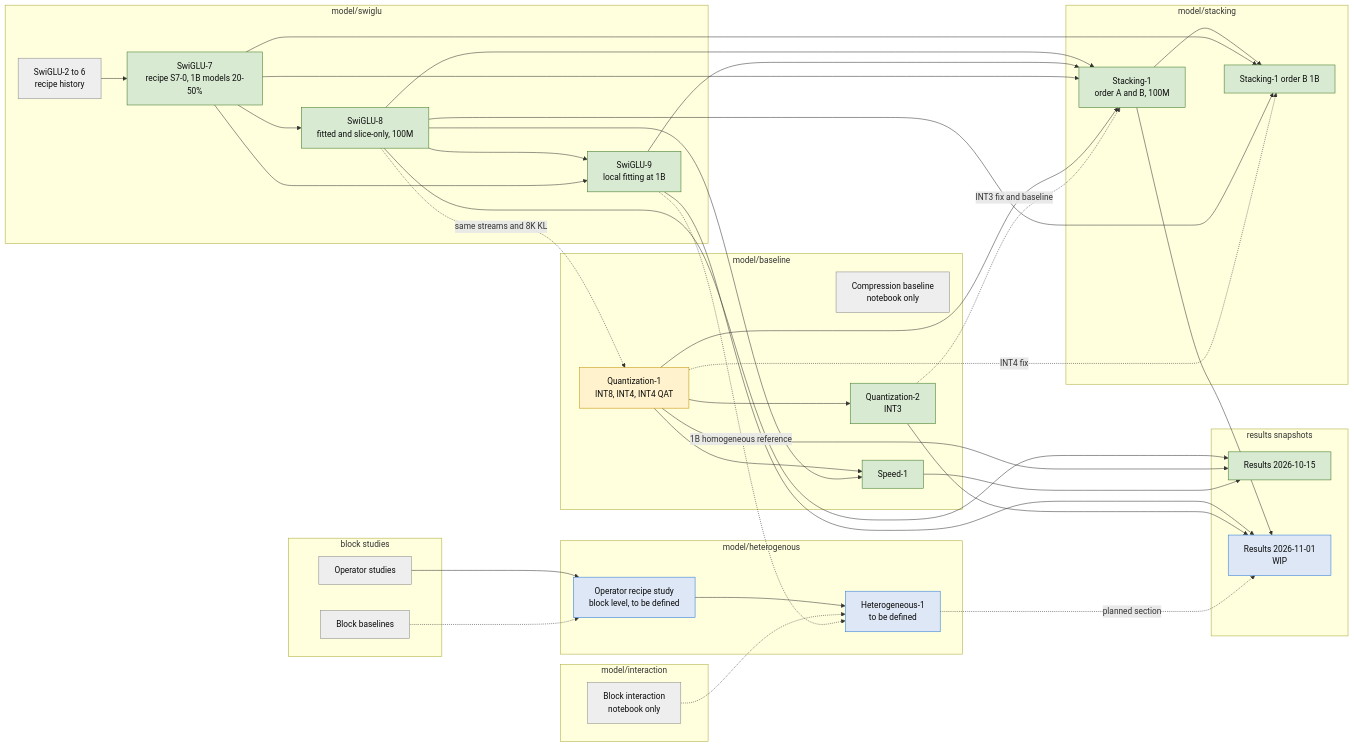
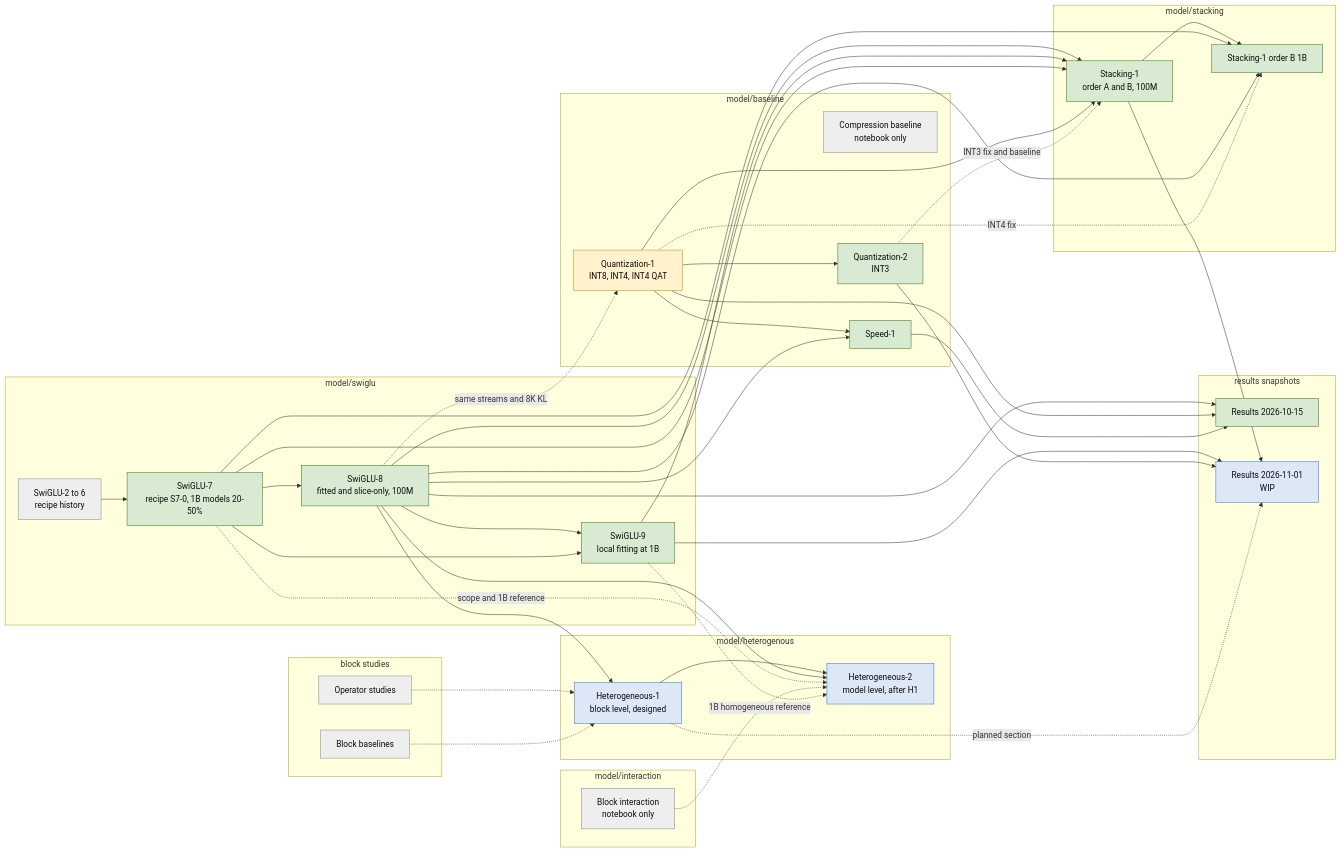
The second of 2 diagrams in docs/experiments/dependencies.md (Sammuel21/diploma-thesis-block-replacement), drawn with Mermaid before and after one commit. The commit also changed other lines of this file and 10 other files, not shown here.

````diff
--- a/docs/experiments/dependencies.md
+++ b/docs/experiments/dependencies.md
@@ -30,68 +30,71 @@
 ```mermaid
 flowchart LR
   classDef done fill:#d9ead3,stroke:#38761d,color:#0b0b0b
   classDef running fill:#fff2cc,stroke:#bf9000,color:#0b0b0b
   classDef planned fill:#dde7f5,stroke:#2a78d6,color:#0b0b0b
   classDef historical fill:#eeeeee,stroke:#888888,color:#0b0b0b
 
   subgraph block[block studies]
     BB[Block baselines]
     BO[Operator studies]
   end
   subgraph swiglu[model/swiglu]
     S26[SwiGLU-2 to 6<br/>recipe history] --> S7[SwiGLU-7<br/>recipe S7-0, 1B models 20-50%]
     S7 --> S8[SwiGLU-8<br/>fitted and slice-only, 100M]
     S8 --> S9[SwiGLU-9<br/>local fitting at 1B]
     S7 --> S9
   end
   subgraph baseline[model/baseline]
     CB[Compression baseline<br/>notebook only]
     Q1[Quantization-1<br/>INT8, INT4, INT4 QAT]
     Q2[Quantization-2<br/>INT3]
     SP1[Speed-1]
     Q1 --> Q2
   end
   subgraph stacking[model/stacking]
     ST1[Stacking-1<br/>order A and B, 100M]
     ST1B[Stacking-1 order B 1B]
     ST1 --> ST1B
   end
   subgraph interaction[model/interaction]
     BI[Block interaction<br/>notebook only]
   end
   subgraph hetero[model/heterogenous]
-    HB[Operator recipe study<br/>block level, to be defined] --> H[Heterogeneous-1<br/>to be defined]
+    H1[Heterogeneous-1<br/>block level, designed] --> H2[Heterogeneous-2<br/>model level, after H1]
   end
   subgraph reports[results snapshots]
     R1[Results 2026-10-15]
     R2[Results 2026-11-01<br/>WIP]
   end
 
   S8 -. same streams and 8K KL .-> Q1
   S8 --> ST1
   S9 --> ST1
   S7 --> ST1
   Q1 --> ST1
   Q2 -. INT3 fix and baseline .-> ST1
   S7 --> ST1B
   S8 --> ST1B
   Q1 -. INT4 fix .-> ST1B
   Q1 --> SP1
   S8 --> SP1
-  BO --> HB
-  BB -.-> HB
-  BI -.-> H
-  S9 -. 1B homogeneous reference .-> H
+  BO -.-> H1
+  BB -.-> H1
+  S8 --> H1
+  S8 --> H2
+  S7 -. scope and 1B reference .-> H2
+  BI -.-> H2
+  S9 -. 1B homogeneous reference .-> H2
   S8 --> R1
   Q1 --> R1
   SP1 --> R1
   S9 --> R2
   ST1 --> R2
   Q2 --> R2
-  H -. planned section .-> R2
+  H1 -. planned section .-> R2
 
   class S7,S8,S9,Q2,SP1,R1,ST1,ST1B done
   class Q1 running
-  class HB,H,R2 planned
+  class H1,H2,R2 planned
   class S26,BB,BO,CB,BI historical
 ```
````
